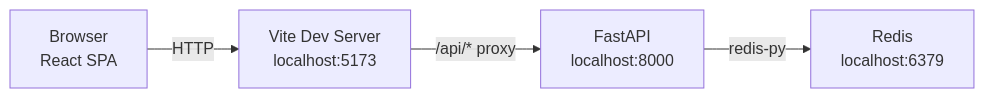
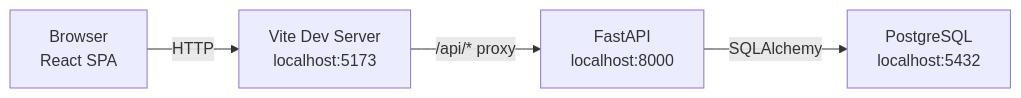
The first of 6 diagrams in docs/architecture.md (deilers/meal-planning), drawn with Mermaid before and after one commit. The commit also changed other lines of this file and 8 other files, not shown here.

Commit message:
Switch database from Redis to PostgreSQL

````diff
--- a/docs/architecture.md
+++ b/docs/architecture.md
@@ -7,11 +7,11 @@
 ```mermaid
 graph LR
     Browser["Browser<br/>React SPA"]
     Vite["Vite Dev Server<br/>localhost:5173"]
     FastAPI["FastAPI<br/>localhost:8000"]
-    Redis["Redis<br/>localhost:6379"]
+    PG["PostgreSQL<br/>localhost:5432"]
 
     Browser -- "HTTP" --> Vite
     Vite -- "/api/* proxy" --> FastAPI
-    FastAPI -- "redis-py" --> Redis
+    FastAPI -- "SQLAlchemy" --> PG
 ```
````
